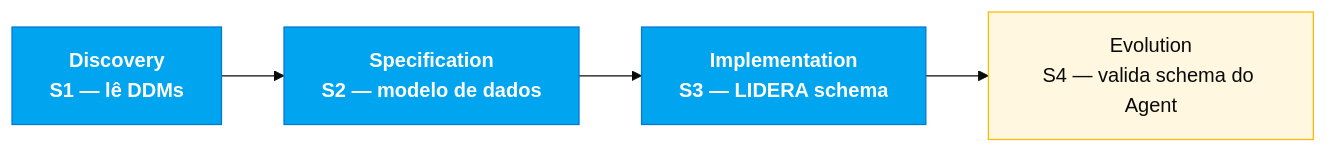
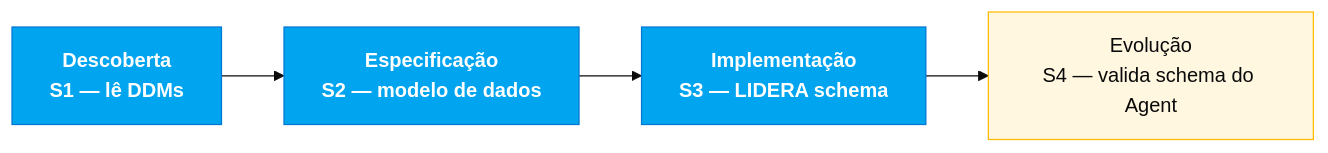
One commit to paulasilvatech/hackathon-datacorp-team-kit changed the diagram in pt-br/persona-kits/07-dba/PERSONA.md. Above: the diagram before and after it, drawn with Mermaid (base theme). The commit also changed other lines of this file and 172 other files, not shown here.

````diff
--- a/pt-br/persona-kits/07-dba/PERSONA.md
+++ b/pt-br/persona-kits/07-dba/PERSONA.md
@@ -19,12 +19,12 @@
 ```mermaid
 flowchart LR
  classDef current fill:#00A4EF,stroke:#0078D4,color:#fff,font-weight:bold
  classDef support fill:#FFF7E0,stroke:#FFB900,color:#0A0A0A
 
- D[Discovery<br/>S1 — lê DDMs]:::current
- SP[Specification<br/>S2 — modelo de dados]:::current
- IM[Implementation<br/>S3 — LIDERA schema]:::current
- EV[Evolution<br/>S4 — valida schema do Agent]:::support
+ D[Descoberta<br/>S1 — lê DDMs]:::current
+ SP[Especificação<br/>S2 — modelo de dados]:::current
+ IM[Implementação<br/>S3 — LIDERA schema]:::current
+ EV[Evolução<br/>S4 — valida schema do Agent]:::support
 
  D --> SP --> IM --> EV
 ```
````
